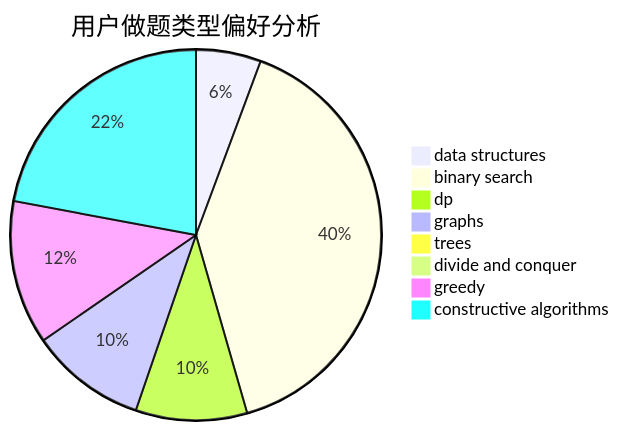
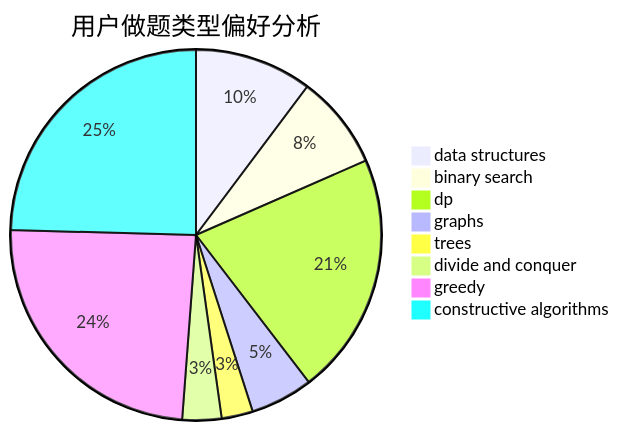
One commit to sherpahu/cfrs.github.io changed the second of 3 diagrams in docs/user/u492.md. Above: the diagram before and after it, drawn with Mermaid. The commit also changed other lines of this file and 2770 other files, not shown here.

````diff
--- a/docs/user/u492.md
+++ b/docs/user/u492.md
@@ -23,11 +23,11 @@
 ```mermaid
 pie title 用户做题类型偏好分析
-    "data structures" :  28
-    "binary search" :  197
-    "dp" :  48
-    "graphs" :  50
-    "trees" :  3
-    "divide and conquer" :  0
-    "greedy" :  62
-    "constructive algorithms" :  109
+    "data structures" :  30
+    "binary search" :  24
+    "dp" :  62
+    "graphs" :  16
+    "trees" :  8
+    "divide and conquer" :  10
+    "greedy" :  71
+    "constructive algorithms" :  72
 ```
````
